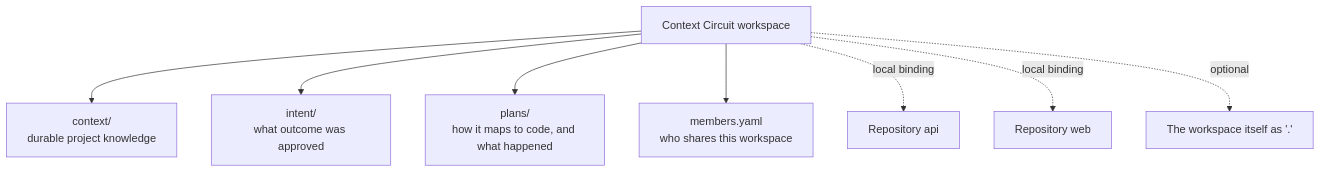
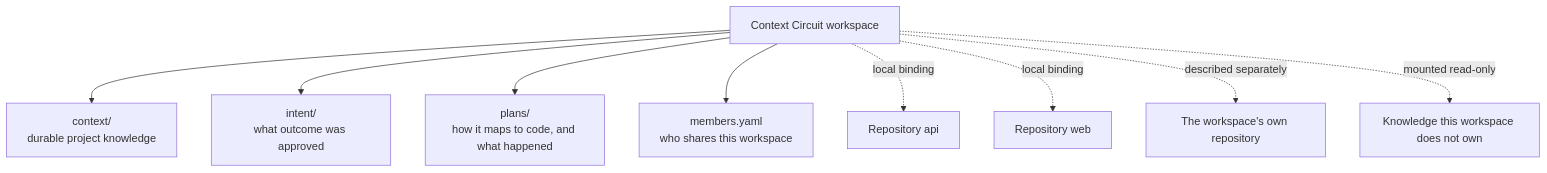
Before and after one commit to kaotypr/context-circuit-source: the fourth of 4 diagrams in sources/CORE_CONCEPT-v2.md, drawn with Mermaid. The commit also changed other lines of this file and 13 other files, not shown here.

````diff
--- a/sources/CORE_CONCEPT-v2.md
+++ b/sources/CORE_CONCEPT-v2.md
@@ -139,11 +140,12 @@
 ```mermaid
 flowchart TB
     WS[Context Circuit workspace]
     WS --> PK[context/<br/>durable project knowledge]
     WS --> IN[intent/<br/>what outcome was approved]
     WS --> PL[plans/<br/>how it maps to code, and what happened]
     WS --> ME[members.yaml<br/>who shares this workspace]
     WS -. local binding .-> R1[Repository api]
     WS -. local binding .-> R2[Repository web]
-    WS -. optional .-> RW[The workspace itself as '.']
+    WS -. described separately .-> RW[The workspace's own repository]
+    WS -. mounted read-only .-> KR[Knowledge this workspace does not own]
 ```
````
